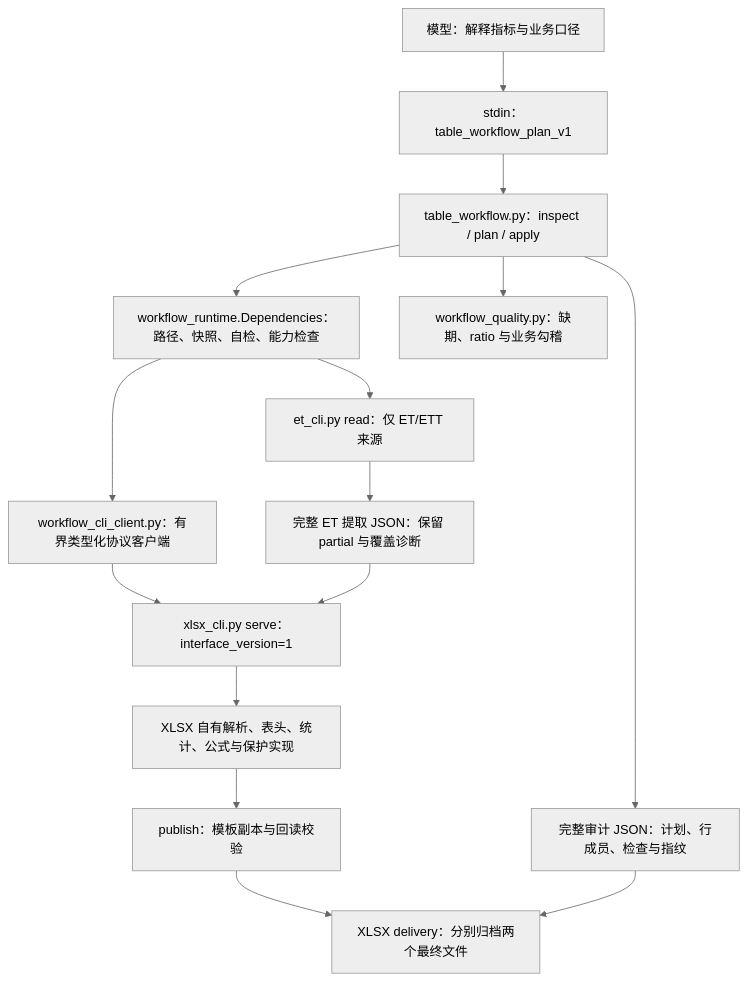
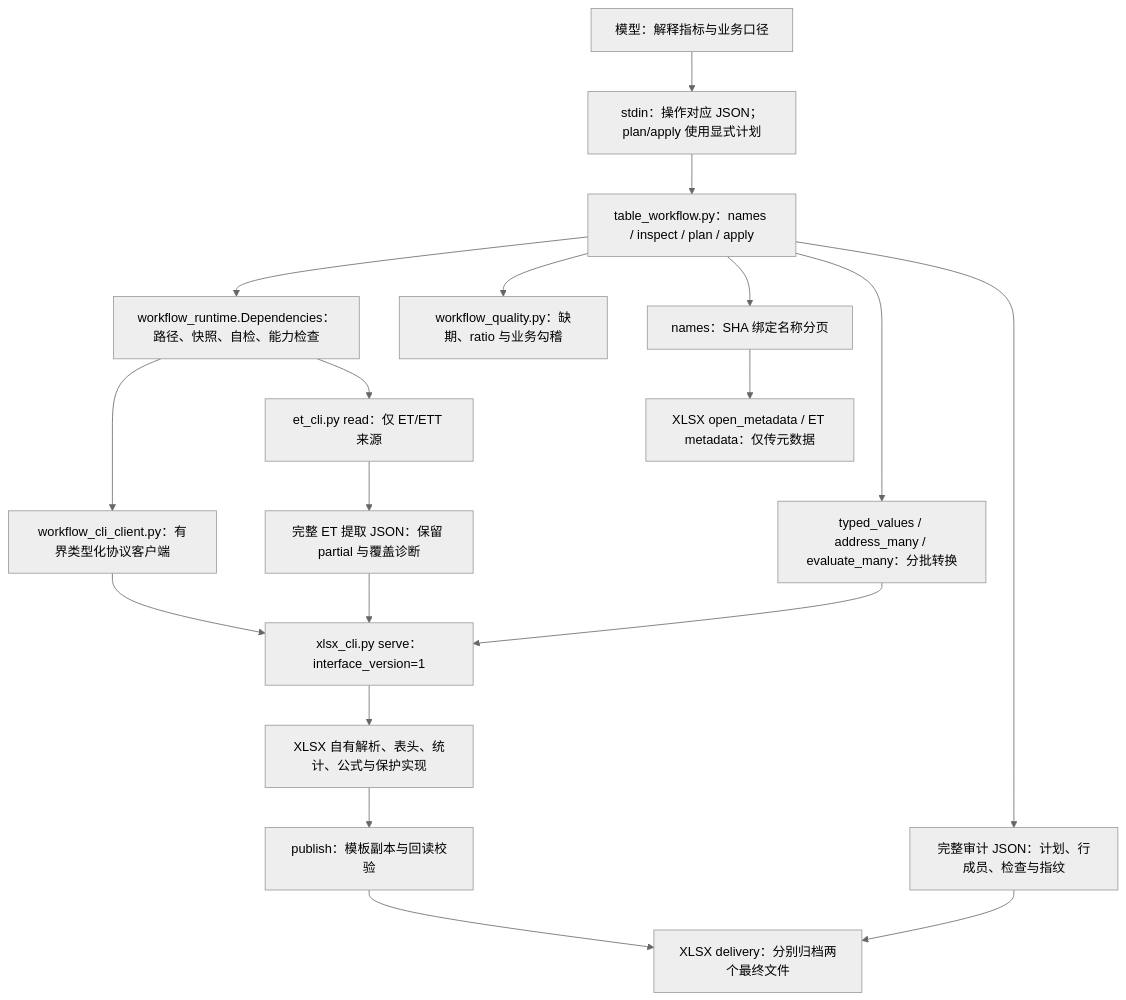
One commit to JohnParken/PSL-SKILLS changed the first of 2 diagrams in docs/skills/table-workflow.md. Above: the diagram before and after it, drawn with Mermaid (neutral theme). The commit also changed other lines of this file and 17 other files, not shown here.

````diff
--- a/docs/skills/table-workflow.md
+++ b/docs/skills/table-workflow.md
@@ -20,17 +20,21 @@
 ```mermaid
 flowchart TD
-    A["模型：解释指标与业务口径"] --> B["stdin：table_workflow_plan_v1"]
-    B --> C["table_workflow.py：inspect / plan / apply"]
+    A["模型：解释指标与业务口径"] --> B["stdin：操作对应 JSON；plan/apply 使用显式计划"]
+    B --> C["table_workflow.py：names / inspect / plan / apply"]
     C --> D["workflow_runtime.Dependencies：路径、快照、自检、能力检查"]
     C --> E["workflow_quality.py：缺期、ratio 与业务勾稽"]
     D --> F["workflow_cli_client.py：有界类型化协议客户端"]
     F --> G["xlsx_cli.py serve：interface_version=1"]
     D --> H["et_cli.py read：仅 ET/ETT 来源"]
     H --> I["完整 ET 提取 JSON：保留 partial 与覆盖诊断"]
     I --> G
     G --> J["XLSX 自有解析、表头、统计、公式与保护实现"]
+    C --> Q["names：SHA 绑定名称分页"]
+    Q --> R["XLSX open_metadata / ET metadata：仅传元数据"]
+    C --> S["typed_values / address_many / evaluate_many：分批转换"]
+    S --> G
     J --> K["publish：模板副本与回读校验"]
     C --> L["完整审计 JSON：计划、行成员、检查与指纹"]
     K --> M["XLSX delivery：分别归档两个最终文件"]
     L --> M
 ```
````
